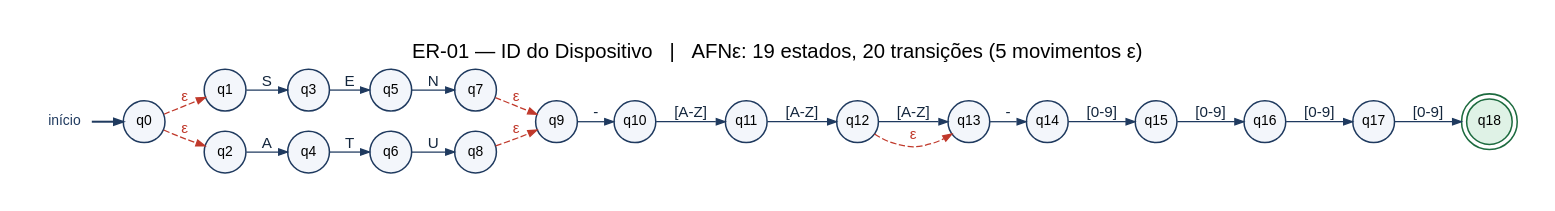
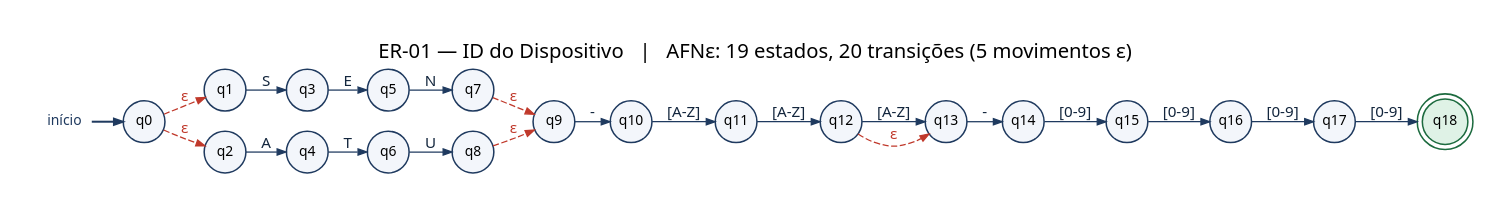
Before and after one commit to cauebarroso/Auditor-de-sensores-industriais-com-express-es-regulares: the diagram in automatos/diagramas/ER-01.dot, drawn with Graphviz. The commit also changed 42 other files, not shown here.

```diff
--- a/automatos/diagramas/ER-01.dot
+++ b/automatos/diagramas/ER-01.dot
@@ -1,29 +1,48 @@
 digraph "ER-01" {
   rankdir=LR;
-  graph [fontname="Helvetica", fontsize=16, nodesep=0.22, ranksep=0.32, pad=0.3, labelloc=t, bgcolor="white", label="ER-01 — ID do Dispositivo   |   AFNε: 19 estados, 20 transições (5 movimentos ε)"];
-  node [shape=circle, fontname="Helvetica", fontsize=11, width=0.46, fixedsize=true, style=filled, fillcolor="#f3f6fb", color="#1f3a5f", penwidth=1.2];
-  edge [fontname="Helvetica", fontsize=12, color="#1f3a5f", fontcolor="#13263d", arrowsize=0.7];
-  inicio [shape=none, label="início", width=0.6, fontsize=11, fontcolor="#1f3a5f", style=""];
+  graph [fontname="Segoe UI", fontsize=16, nodesep=0.22, ranksep=0.32, pad=0.3, labelloc=t, bgcolor="white", label="ER-01 — ID do Dispositivo   |   AFNε: 19 estados, 20 transições (5 movimentos ε)"];
+  node [shape=circle, fontname="Segoe UI", fontsize=11, width=0.46, fixedsize=true, style=filled, fillcolor="#f3f6fb", color="#1f3a5f", penwidth=1.2];
+  edge [fontname="Segoe UI", fontsize=12, color="#1f3a5f", fontcolor="#13263d", arrowsize=0.7];
+  inicio [shape=none, width=0.6, fontsize=11, fontcolor="#1f3a5f", style="", label="início"];
   inicio -> q0 [penwidth=1.6];
   q18 [shape=doublecircle, fillcolor="#dff2e6", color="#1d6b3f", width=0.5];
+  q0;
+  q1;
+  q2;
+  q3;
+  q4;
+  q5;
+  q6;
+  q7;
+  q8;
+  q9;
+  q10;
+  q11;
+  q12;
+  q13;
+  q14;
+  q15;
+  q16;
+  q17;
+  q18;
   q0 -> q1 [label="ε", style=dashed, color="#c0392b", fontcolor="#c0392b"];
   q0 -> q2 [label="ε", style=dashed, color="#c0392b", fontcolor="#c0392b"];
   q1 -> q3 [label="S"];
   q2 -> q4 [label="A"];
   q3 -> q5 [label="E"];
   q4 -> q6 [label="T"];
   q5 -> q7 [label="N"];
   q6 -> q8 [label="U"];
   q7 -> q9 [label="ε", style=dashed, color="#c0392b", fontcolor="#c0392b"];
   q8 -> q9 [label="ε", style=dashed, color="#c0392b", fontcolor="#c0392b"];
   q9 -> q10 [label="-"];
   q10 -> q11 [label="[A-Z]"];
   q11 -> q12 [label="[A-Z]"];
   q12 -> q13 [label="[A-Z]"];
   q12 -> q13 [label="ε", style=dashed, color="#c0392b", fontcolor="#c0392b"];
   q13 -> q14 [label="-"];
   q14 -> q15 [label="[0-9]"];
   q15 -> q16 [label="[0-9]"];
   q16 -> q17 [label="[0-9]"];
   q17 -> q18 [label="[0-9]"];
 }
```
